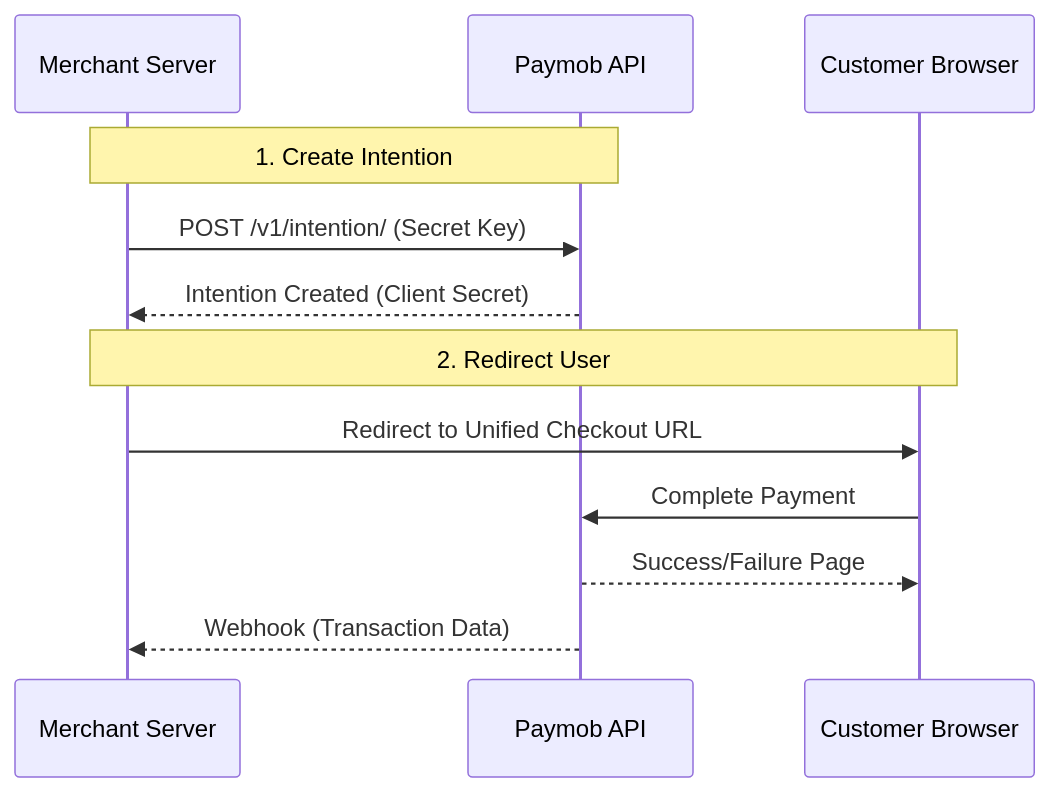
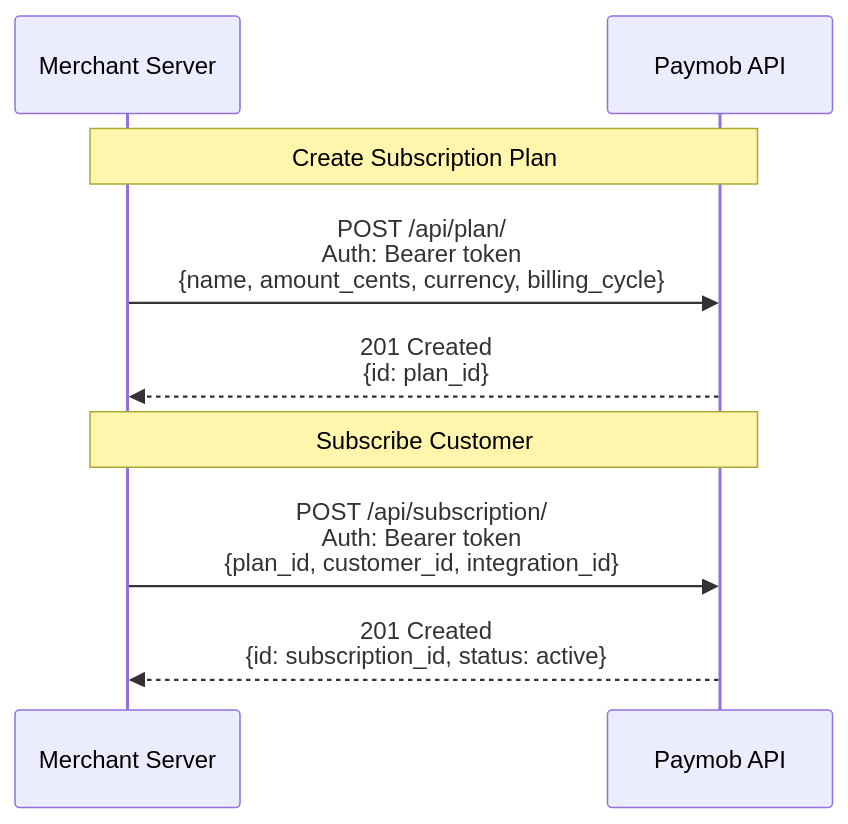
One commit to Yusuf-Hussien/Paymob-Java-SDK changed the sixth of 10 diagrams in docs/flow_diagrams.md. Above: the diagram before and after it, drawn with Mermaid. The commit also changed other lines of this file and 41 other files, not shown here.

````diff
--- a/docs/flow_diagrams.md
+++ b/docs/flow_diagrams.md
@@ -63,16 +262,13 @@
 ```mermaid
 sequenceDiagram
     participant Merchant as Merchant Server
     participant Paymob as Paymob API
-    participant User as Customer Browser
 
-    Note over Merchant, Paymob: 1. Create Intention
-    Merchant->>Paymob: POST /v1/intention/ (Secret Key)
-    Paymob-->>Merchant: Intention Created (Client Secret)
+    Note over Merchant, Paymob: Create Subscription Plan
+    Merchant->>Paymob: POST /api/plan/<br/>Auth: Bearer token<br/>{name, amount_cents, currency, billing_cycle}
+    Paymob-->>Merchant: 201 Created<br/>{id: plan_id}
 
-    Note over Merchant, User: 2. Redirect User
-    Merchant->>User: Redirect to Unified Checkout URL
-    User->>Paymob: Complete Payment
-    Paymob-->>User: Success/Failure Page
-    Paymob-->>Merchant: Webhook (Transaction Data)
+    Note over Merchant, Paymob: Subscribe Customer
+    Merchant->>Paymob: POST /api/subscription/<br/>Auth: Bearer token<br/>{plan_id, customer_id, integration_id}
+    Paymob-->>Merchant: 201 Created<br/>{id: subscription_id, status: active}
 ```
````
